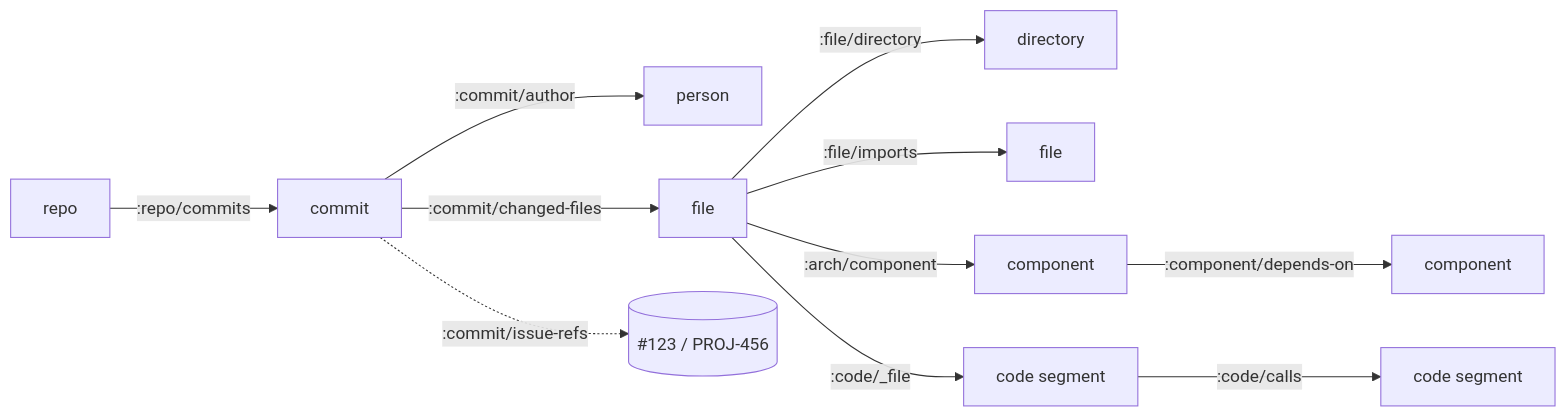
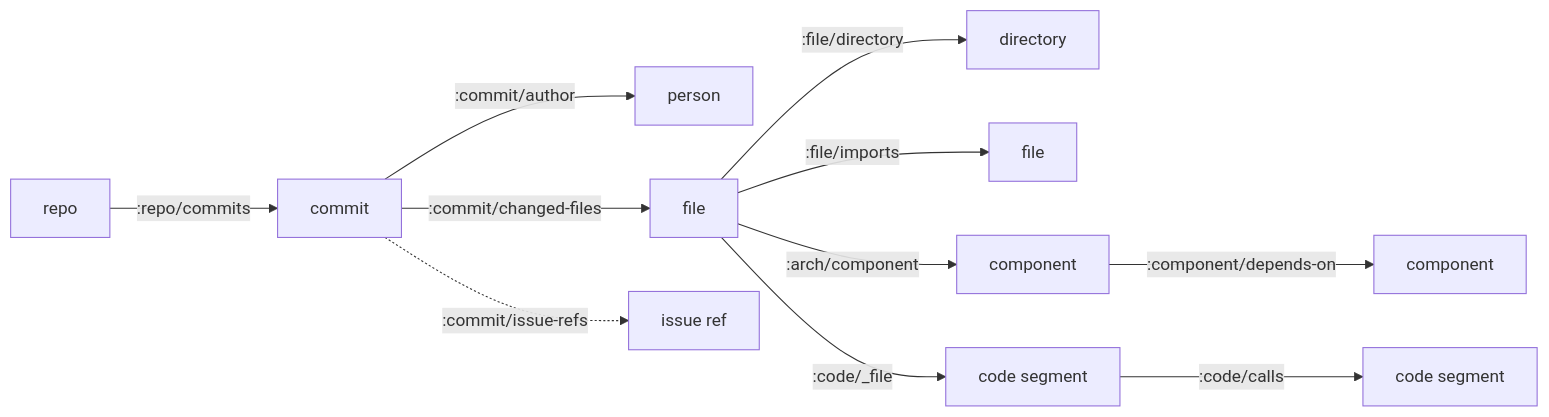
Before and after one commit to leifericf/noumenon: the fourth of 5 diagrams in README.md, drawn with Mermaid. The commit also changed other lines of this file, not shown here.

First line of the commit message:
fix(docs): clean up mermaid diagrams in README

````diff
--- a/README.md
+++ b/README.md
@@ -251,15 +251,15 @@
 ```mermaid
 flowchart LR
   Repo[repo] -->|:repo/commits| Commit[commit]
   Commit -->|:commit/author| Author[person]
   Commit -->|:commit/changed-files| File[file]
-  Commit -.->|:commit/issue-refs| IssueRef[("#123 / PROJ-456")]
+  Commit -.->|:commit/issue-refs| IssueRef["issue ref"]
 
   File -->|:file/directory| Dir[directory]
   File -->|:file/imports| ImportedFile[file]
   File -->|:arch/component| Comp[component]
   Comp -->|:component/depends-on| DepComp[component]
 
   File -->|:code/_file| Code[code segment]
   Code -->|:code/calls| CalledCode[code segment]
 ```
````
